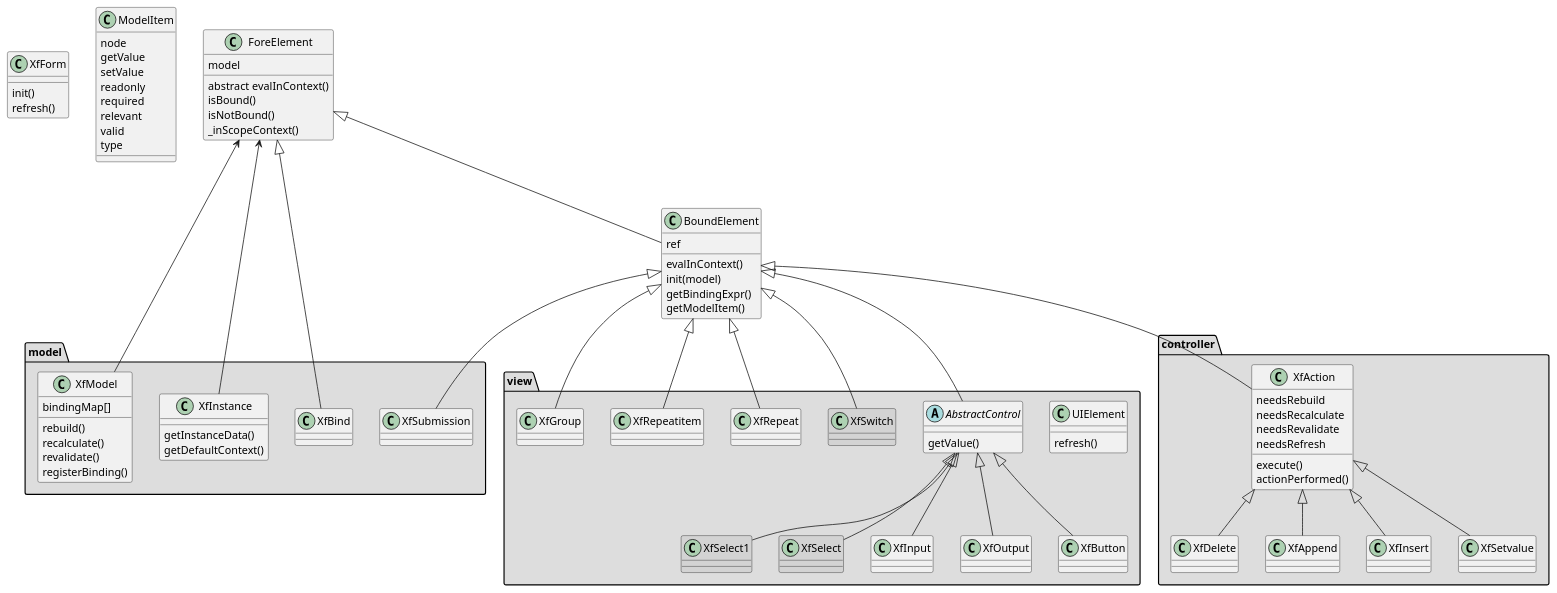
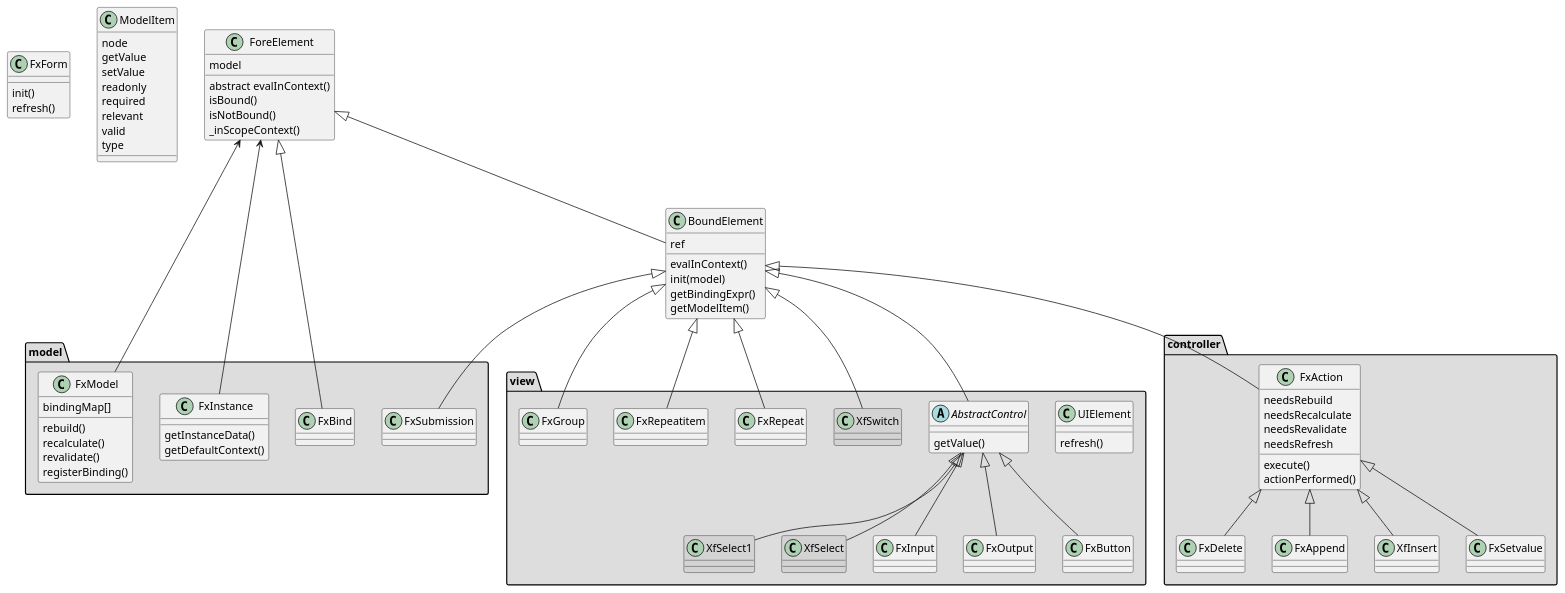
One commit to Jinntec/Fore changed the diagram in doc/classdiagram.puml. Above: the diagram before and after it, drawn with PlantUML. The commit also changed 109 other files, not shown here.

```diff
--- a/doc/classdiagram.puml
+++ b/doc/classdiagram.puml
@@ -1,102 +1,102 @@
 @startuml
-class XfForm {
+class FxForm {
     init()
     refresh()
 }
 class ModelItem{
     node
     getValue
     setValue
     readonly
     required
     relevant
     valid
     type
 }
 class ForeElement{
     model
     abstract evalInContext()
     isBound()
     isNotBound()
     _inScopeContext()
 }
 
 class BoundElement{
     ref
     evalInContext()
     init(model)
     getBindingExpr()
     getModelItem()
 
 }
 
 ForeElement <|-- BoundElement
 
 
 package "model" #DDDDDD {
-    class XfModel{
+    class FxModel{
         bindingMap[]
         rebuild()
         recalculate()
         revalidate()
         registerBinding()
     }
-    ForeElement <-- XfModel
-    class XfInstance{
+    ForeElement <-- FxModel
+    class FxInstance{
         getInstanceData()
         getDefaultContext()
     }
-    ForeElement <-- XfInstance
-    class XfBind
-    class XfSubmission
+    ForeElement <-- FxInstance
+    class FxBind
+    class FxSubmission
 }
 
 
 
 package "view" #DDDDDD{
     class UIElement{
         refresh()
     }
     abstract class AbstractControl{
         getValue()
     }
     class XfSwitch #lightgrey
     class XfSelect1 #lightgrey
     class XfSelect #lightgrey
     BoundElement <|-- AbstractControl
-    AbstractControl <|-- XfInput
-    AbstractControl <|-- XfOutput
-    AbstractControl <|-- XfButton
-    BoundElement <|-- XfRepeat
-    BoundElement <|-- XfRepeatitem
-    BoundElement <|-- XfGroup
+    AbstractControl <|-- FxInput
+    AbstractControl <|-- FxOutput
+    AbstractControl <|-- FxButton
+    BoundElement <|-- FxRepeat
+    BoundElement <|-- FxRepeatitem
+    BoundElement <|-- FxGroup
     BoundElement <|-- XfSwitch
     AbstractControl <|-- XfSelect
     AbstractControl <|-- XfSelect1
 }
 
 package "controller" #DDDDDD{
-    class XfAction{
+    class FxAction{
         needsRebuild
         needsRecalculate
         needsRevalidate
         needsRefresh
         execute()
         actionPerformed()
     }
-    XfAction <|-- XfDelete
-    XfAction <|-- XfAppend
-    XfAction <|-- XfInsert
-    XfAction <|-- XfSetvalue
+    FxAction <|-- FxDelete
+    FxAction <|-- FxAppend
+    FxAction <|-- XfInsert
+    FxAction <|-- FxSetvalue
 
 }
 
 
 
-BoundElement <|-- XfAction
-ForeElement <|-- XfBind
-BoundElement <|-- XfSubmission
+BoundElement <|-- FxAction
+ForeElement <|-- FxBind
+BoundElement <|-- FxSubmission
 
 
 
 @enduml
```
